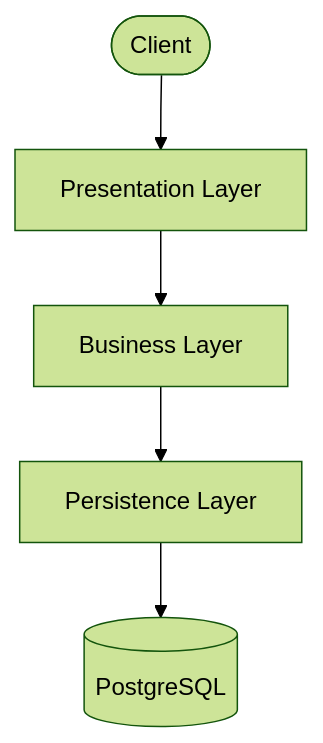
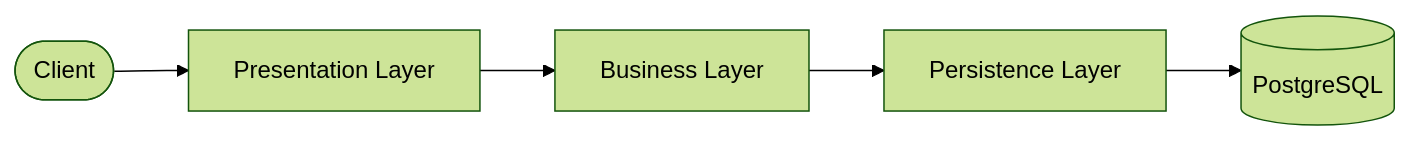
Before and after one commit to trandangduat/KTPM-TEAM-14: the diagram in README.md, drawn with Mermaid (forest theme). The commit also changed other lines of this file, not shown here.

````diff
--- a/README.md
+++ b/README.md
@@ -26,7 +26,7 @@
 ```mermaid
-flowchart TD
+flowchart LR
     Client(["Client"]) --> Presentation["Presentation Layer"]
     Presentation --> Business["Business Layer"]
     Business --> Persistence["Persistence Layer"]
     Persistence --> DB[("PostgreSQL")]
 ```
````
